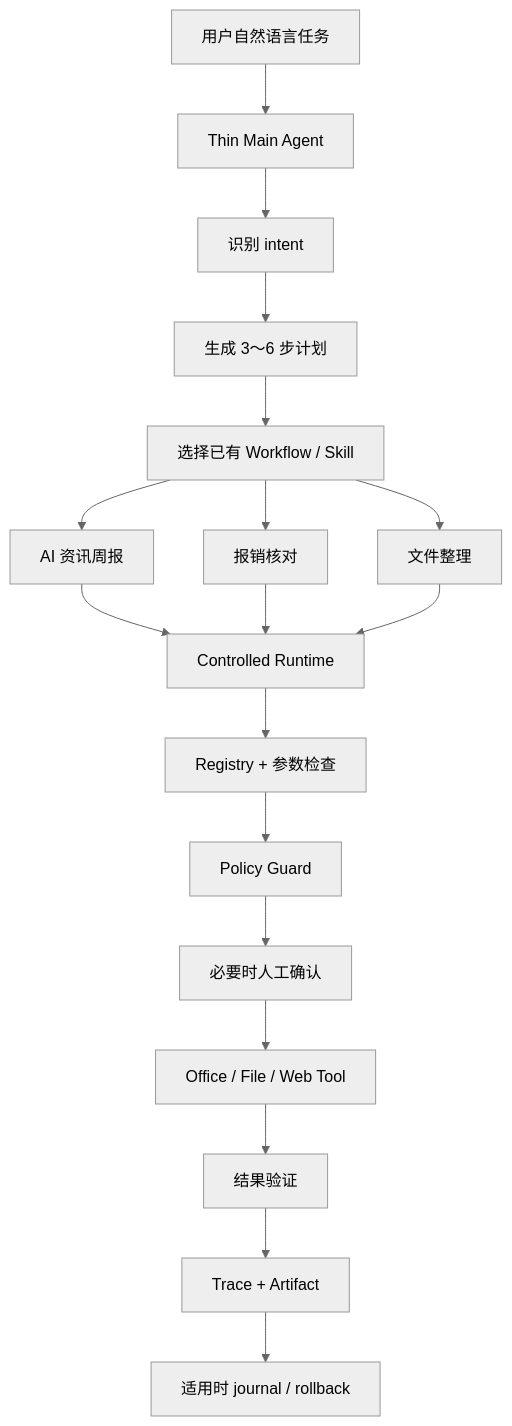
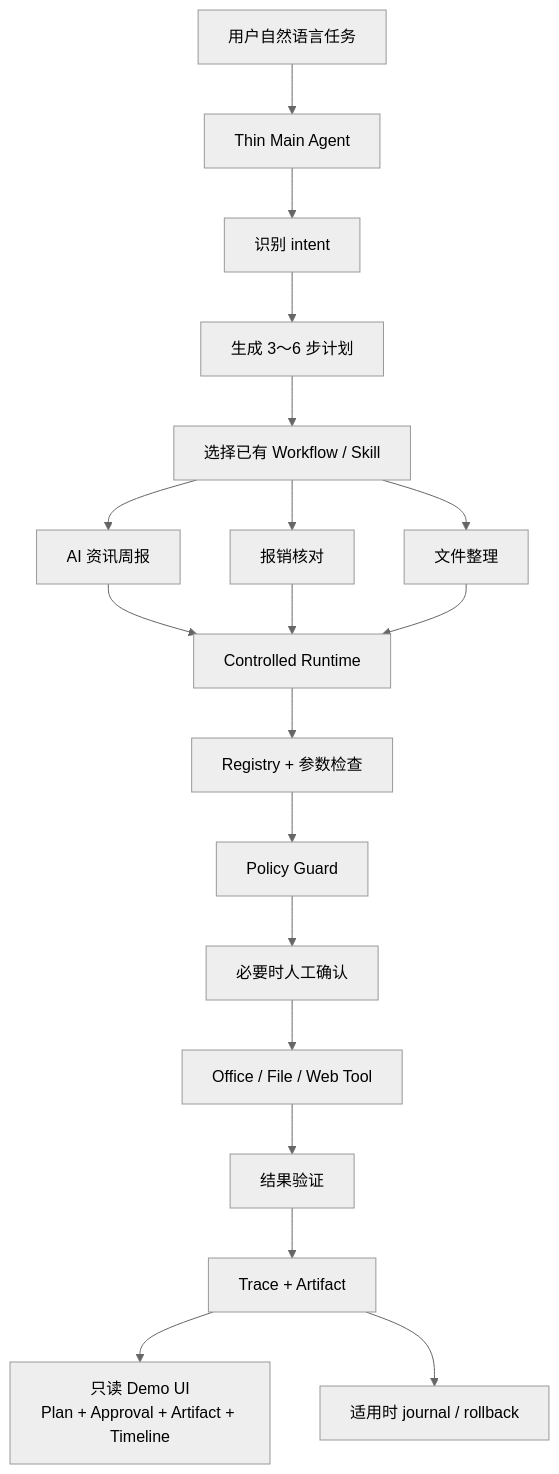
One commit to qizhanggu/localdesk-office-agent changed the first of 2 diagrams in docs/current_architecture.md. Above: the diagram before and after it, drawn with Mermaid (neutral theme). The commit also changed other lines of this file and 10 other files, not shown here.

Commit message:
feat: add trace-driven demo console

````diff
--- a/docs/current_architecture.md
+++ b/docs/current_architecture.md
@@ -7,20 +7,21 @@
 ```mermaid
 flowchart TD
     U["用户自然语言任务"] --> M["Thin Main Agent"]
     M --> I["识别 intent"]
     I --> P["生成 3～6 步计划"]
     P --> S["选择已有 Workflow / Skill"]
     S --> W1["AI 资讯周报"]
     S --> W2["报销核对"]
     S --> W3["文件整理"]
     W1 --> RT["Controlled Runtime"]
     W2 --> RT
     W3 --> RT
     RT --> REG["Registry + 参数检查"]
     REG --> POL["Policy Guard"]
     POL --> APP["必要时人工确认"]
     APP --> TOOL["Office / File / Web Tool"]
     TOOL --> VER["结果验证"]
     VER --> TRACE["Trace + Artifact"]
+    TRACE --> UI["只读 Demo UI<br/>Plan + Approval + Artifact + Timeline"]
     TRACE --> RB["适用时 journal / rollback"]
 ```
````
